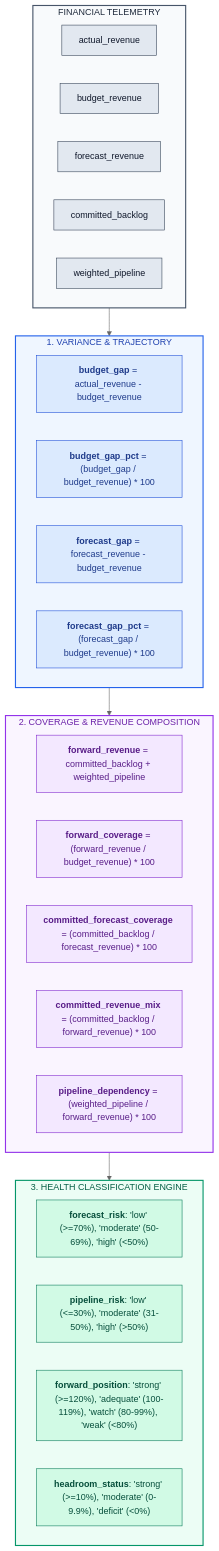
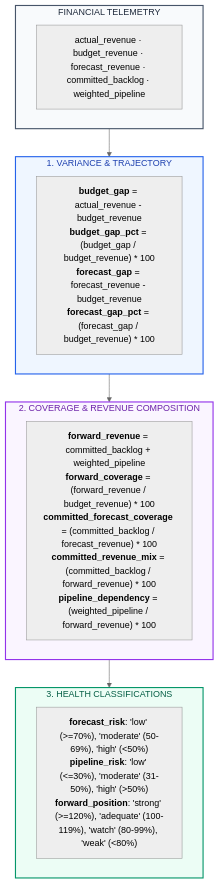
The fifth of 8 diagrams in README.md (VED-VIVEK-TALMALEY/x-fin), drawn with Mermaid (neutral theme) before and after one commit. The commit also changed other lines of this file and 6 other files, not shown here.

````diff
--- a/README.md
+++ b/README.md
@@ -309,61 +242,25 @@
 ```mermaid
 flowchart TD
     subgraph IN["FINANCIAL TELEMETRY"]
-        T1["actual_revenue"]
-        T2["budget_revenue"]
-        T3["forecast_revenue"]
-        T4["committed_backlog"]
-        T5["weighted_pipeline"]
+        T1["actual_revenue · budget_revenue · forecast_revenue · committed_backlog · weighted_pipeline"]
     end
 
     subgraph R1["1. VARIANCE & TRAJECTORY"]
-        V1["<b>budget_gap</b> = actual_revenue - budget_revenue"]
-        V2["<b>budget_gap_pct</b> = (budget_gap / budget_revenue) * 100"]
-        V3["<b>forecast_gap</b> = forecast_revenue - budget_revenue"]
-        V4["<b>forecast_gap_pct</b> = (forecast_gap / budget_revenue) * 100"]
+        V1["<b>budget_gap</b> = actual_revenue - budget_revenue<br/><b>budget_gap_pct</b> = (budget_gap / budget_revenue) * 100<br/><b>forecast_gap</b> = forecast_revenue - budget_revenue<br/><b>forecast_gap_pct</b> = (forecast_gap / budget_revenue) * 100"]
     end
 
     subgraph R2["2. COVERAGE & REVENUE COMPOSITION"]
-        C1["<b>forward_revenue</b> = committed_backlog + weighted_pipeline"]
-        C2["<b>forward_coverage</b> = (forward_revenue / budget_revenue) * 100"]
-        C3["<b>committed_forecast_coverage</b> = (committed_backlog / forecast_revenue) * 100"]
-        C4["<b>committed_revenue_mix</b> = (committed_backlog / forward_revenue) * 100"]
-        C5["<b>pipeline_dependency</b> = (weighted_pipeline / forward_revenue) * 100"]
+        C1["<b>forward_revenue</b> = committed_backlog + weighted_pipeline<br/><b>forward_coverage</b> = (forward_revenue / budget_revenue) * 100<br/><b>committed_forecast_coverage</b> = (committed_backlog / forecast_revenue) * 100<br/><b>committed_revenue_mix</b> = (committed_backlog / forward_revenue) * 100<br/><b>pipeline_dependency</b> = (weighted_pipeline / forward_revenue) * 100"]
     end
 
-    subgraph R3["3. HEALTH CLASSIFICATION ENGINE"]
-        H1["<b>forecast_risk</b>: 'low' (>=70%), 'moderate' (50-69%), 'high' (<50%)"]
-        H2["<b>pipeline_risk</b>: 'low' (<=30%), 'moderate' (31-50%), 'high' (>50%)"]
-        H3["<b>forward_position</b>: 'strong' (>=120%), 'adequate' (100-119%), 'watch' (80-99%), 'weak' (<80%)"]
-        H4["<b>headroom_status</b>: 'strong' (>=10%), 'moderate' (0-9.9%), 'deficit' (<0%)"]
+    subgraph R3["3. HEALTH CLASSIFICATIONS"]
+        H1["<b>forecast_risk</b>: 'low' (>=70%), 'moderate' (50-69%), 'high' (<50%)<br/><b>pipeline_risk</b>: 'low' (<=30%), 'moderate' (31-50%), 'high' (>50%)<br/><b>forward_position</b>: 'strong' (>=120%), 'adequate' (100-119%), 'watch' (80-99%), 'weak' (<80%)"]
     end
 
     IN --> R1 --> R2 --> R3
 
     style IN fill:#F8FAFC,stroke:#475569,stroke-width:2px,color:#1E293B
     style R1 fill:#EFF6FF,stroke:#2563EB,stroke-width:2px,color:#1E40AF
     style R2 fill:#FAF5FF,stroke:#9333EA,stroke-width:2px,color:#6B21A8
     style R3 fill:#ECFDF5,stroke:#059669,stroke-width:2px,color:#065F46
-
-    style T1 fill:#E2E8F0,stroke:#334155,stroke-width:1px,color:#0F172A
-    style T2 fill:#E2E8F0,stroke:#334155,stroke-width:1px,color:#0F172A
-    style T3 fill:#E2E8F0,stroke:#334155,stroke-width:1px,color:#0F172A
-    style T4 fill:#E2E8F0,stroke:#334155,stroke-width:1px,color:#0F172A
-    style T5 fill:#E2E8F0,stroke:#334155,stroke-width:1px,color:#0F172A
-
-    style V1 fill:#DBEAFE,stroke:#1D4ED8,stroke-width:1px,color:#1E3A8A
-    style V2 fill:#DBEAFE,stroke:#1D4ED8,stroke-width:1px,color:#1E3A8A
-    style V3 fill:#DBEAFE,stroke:#1D4ED8,stroke-width:1px,color:#1E3A8A
-    style V4 fill:#DBEAFE,stroke:#1D4ED8,stroke-width:1px,color:#1E3A8A
-
-    style C1 fill:#F3E8FF,stroke:#7E22CE,stroke-width:1px,color:#581C87
-    style C2 fill:#F3E8FF,stroke:#7E22CE,stroke-width:1px,color:#581C87
-    style C3 fill:#F3E8FF,stroke:#7E22CE,stroke-width:1px,color:#581C87
-    style C4 fill:#F3E8FF,stroke:#7E22CE,stroke-width:1px,color:#581C87
-    style C5 fill:#F3E8FF,stroke:#7E22CE,stroke-width:1px,color:#581C87
-
-    style H1 fill:#D1FAE5,stroke:#047857,stroke-width:1px,color:#064E3B
-    style H2 fill:#D1FAE5,stroke:#047857,stroke-width:1px,color:#064E3B
-    style H3 fill:#D1FAE5,stroke:#047857,stroke-width:1px,color:#064E3B
-    style H4 fill:#D1FAE5,stroke:#047857,stroke-width:1px,color:#064E3B
 ```
````
